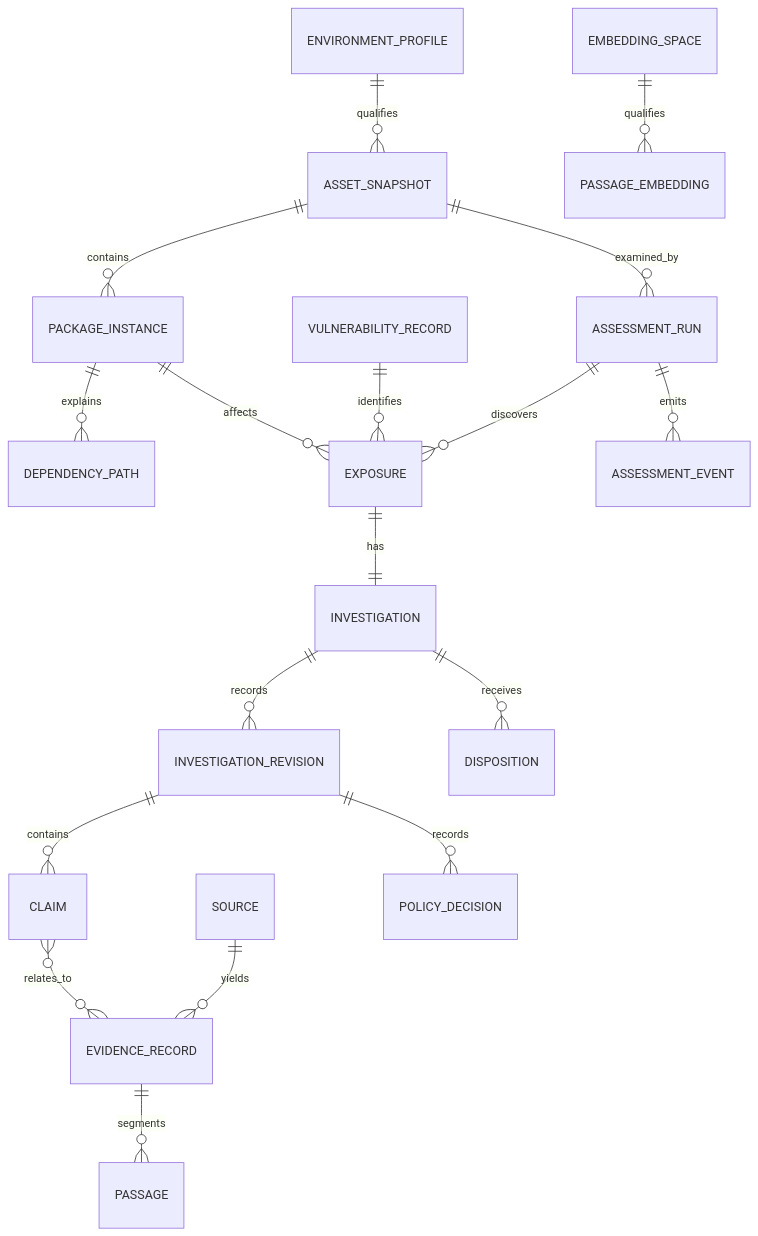
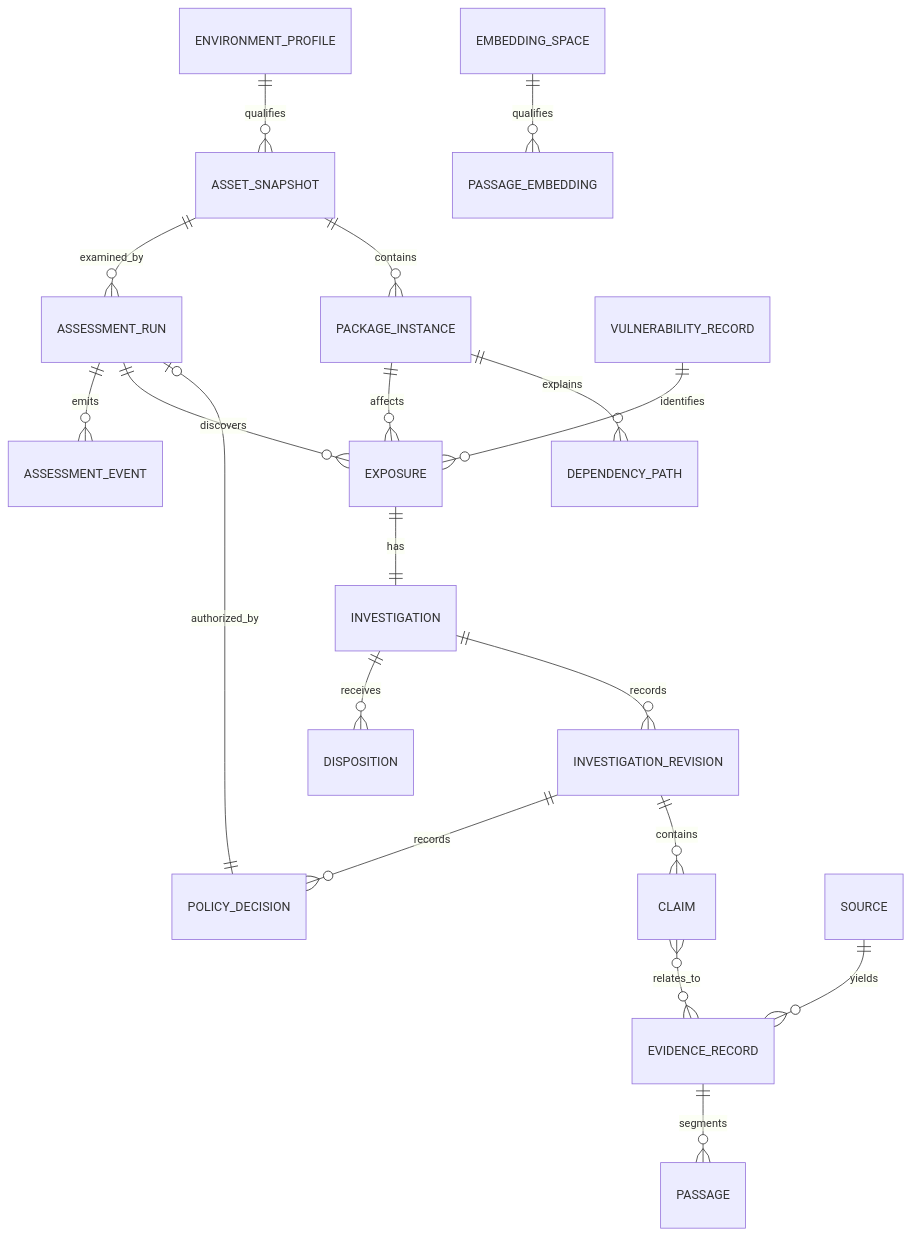
Before and after one commit to jtabalon/exposure-ledger: the diagram in docs/architecture/DATA_MODEL.md, drawn with Mermaid. The commit also changed other lines of this file and 17 other files, not shown here.

Commit message:
feat: gate assessment runs with cyber policy (#3)

````diff
--- a/docs/architecture/DATA_MODEL.md
+++ b/docs/architecture/DATA_MODEL.md
@@ -3,20 +3,21 @@
 ```mermaid
 erDiagram
     ENVIRONMENT_PROFILE ||--o{ ASSET_SNAPSHOT : qualifies
     ASSET_SNAPSHOT ||--o{ PACKAGE_INSTANCE : contains
     PACKAGE_INSTANCE ||--o{ DEPENDENCY_PATH : explains
     ASSET_SNAPSHOT ||--o{ ASSESSMENT_RUN : examined_by
+    ASSESSMENT_RUN |o--|| POLICY_DECISION : authorized_by
     ASSESSMENT_RUN ||--o{ EXPOSURE : discovers
     VULNERABILITY_RECORD ||--o{ EXPOSURE : identifies
     PACKAGE_INSTANCE ||--o{ EXPOSURE : affects
     EXPOSURE ||--|| INVESTIGATION : has
     INVESTIGATION ||--o{ INVESTIGATION_REVISION : records
     INVESTIGATION_REVISION ||--o{ CLAIM : contains
     SOURCE ||--o{ EVIDENCE_RECORD : yields
     EVIDENCE_RECORD ||--o{ PASSAGE : segments
     EMBEDDING_SPACE ||--o{ PASSAGE_EMBEDDING : qualifies
     CLAIM }o--o{ EVIDENCE_RECORD : relates_to
     INVESTIGATION ||--o{ DISPOSITION : receives
     INVESTIGATION_REVISION ||--o{ POLICY_DECISION : records
     ASSESSMENT_RUN ||--o{ ASSESSMENT_EVENT : emits
 ```
````
